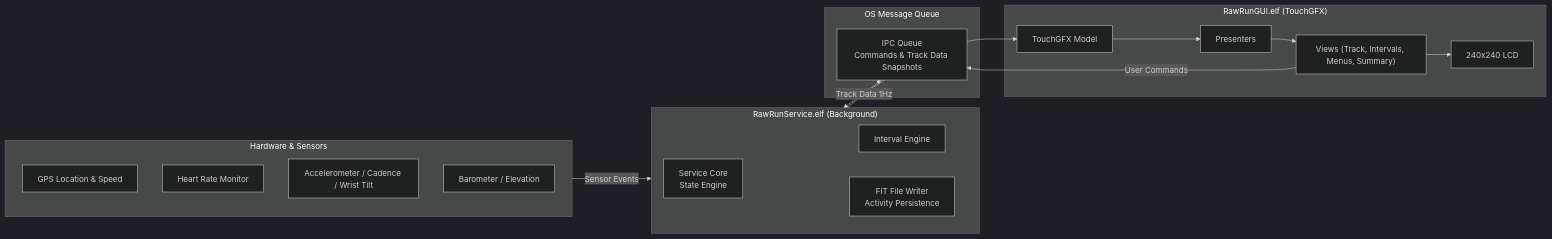
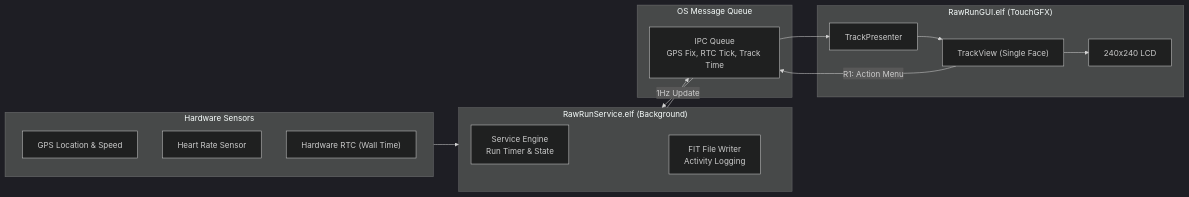
One commit to hamgammon/RawRun changed the second of 2 diagrams in README.md. Above: the diagram before and after it, drawn with Mermaid (dark theme). The commit also changed other lines of this file and 4 other files, not shown here.

Commit message:
feat: simplify activity to single screen with GPS lock, current time, and elapsed run time

````diff
--- a/README.md
+++ b/README.md
@@ -54,36 +51,32 @@
 ```mermaid
 flowchart LR
-    subgraph Sensors["Hardware & Sensors"]
+    subgraph Sensors["Hardware Sensors"]
         GPS["GPS Location & Speed"]
-        HR["Heart Rate Monitor"]
-        IMU["Accelerometer / Cadence / Wrist Tilt"]
-        BARO["Barometer / Elevation"]
+        HR["Heart Rate Sensor"]
+        RTC["Hardware RTC (Wall Time)"]
     end
 
     subgraph Service["RawRunService.elf (Background)"]
-        CORE["Service Core<br/>State Engine"]
-        INT["Interval Engine"]
-        FIT["FIT File Writer<br/>Activity Persistence"]
+        CORE["Service Engine<br/>Run Timer & State"]
+        FIT["FIT File Writer<br/>Activity Logging"]
     end
 
     subgraph IPC["OS Message Queue"]
-        QUE["IPC Queue<br/>Commands & Track Data Snapshots"]
+        QUE["IPC Queue<br/>GPS Fix, RTC Tick, Track Time"]
     end
 
     subgraph GUI["RawRunGUI.elf (TouchGFX)"]
-        MODEL["TouchGFX Model"]
-        PRES["Presenters"]
-        VIEWS["Views (Track, Intervals, Menus, Summary)"]
+        PRES["TrackPresenter"]
+        VIEW["TrackView (Single Face)"]
         DISP["240x240 LCD"]
     end
 
-    Sensors -->|Sensor Events| Service
-    Service -->|Track Data 1Hz| QUE
-    QUE --> MODEL
-    MODEL --> PRES
-    PRES --> VIEWS
-    VIEWS --> DISP
-    VIEWS -->|User Commands| QUE
+    Sensors --> Service
+    Service -->|1Hz Update| QUE
+    QUE --> PRES
+    PRES --> VIEW
+    VIEW --> DISP
+    VIEW -->|R1: Action Menu| QUE
     QUE --> Service
     Service --> FIT
 ```
````
